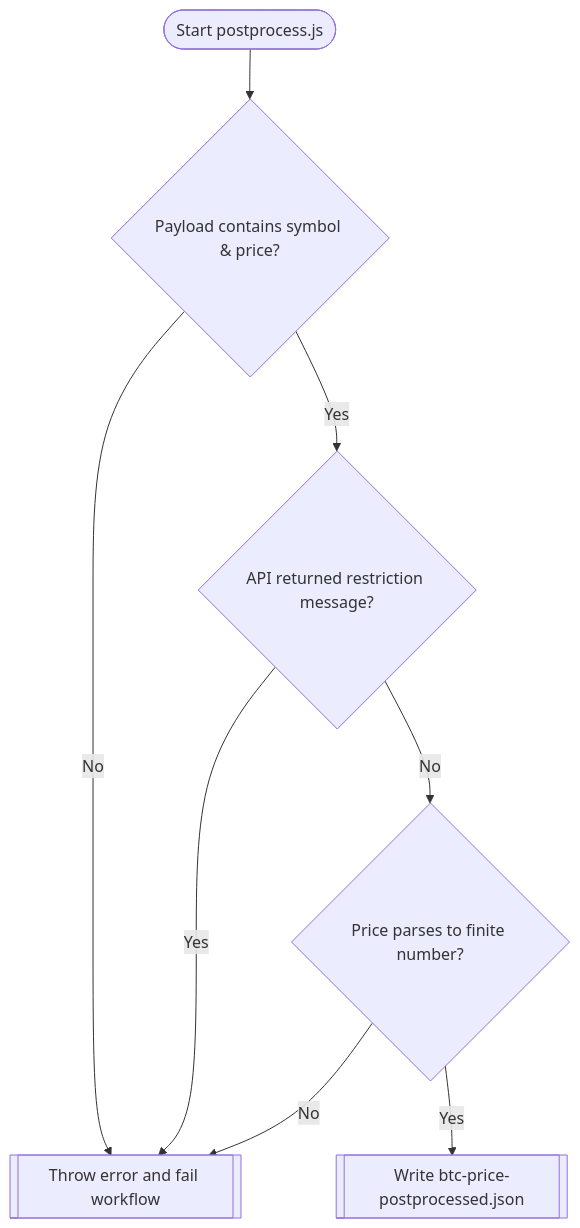
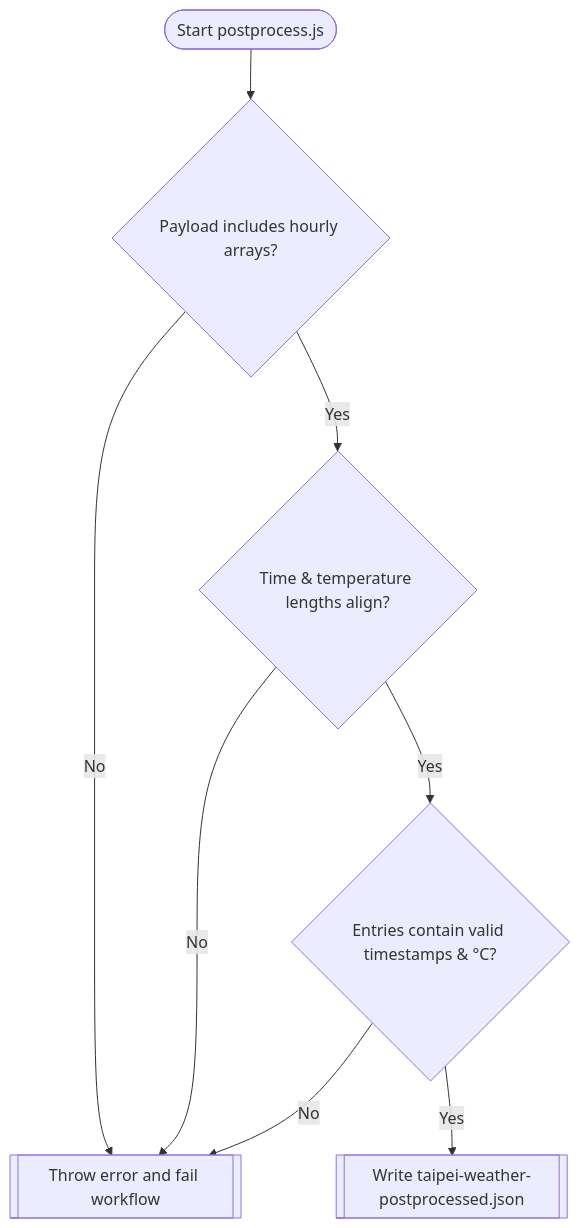
The fifth of 6 diagrams in README.md (muyueh/flat-demo-bitcoin-price), drawn with Mermaid before and after one commit. The commit also changed other lines of this file and 6 other files, not shown here.

Commit message:
Switch workflow to Taipei weather forecast

````diff
--- a/README.md
+++ b/README.md
@@ -73,17 +73,17 @@
 ```mermaid
 flowchart TD
   Start([Start postprocess.js])
-  CheckPayload{Payload contains symbol & price?}
-  CheckRestriction{API returned restriction message?}
-  ParsePrice{Price parses to finite number?}
-  Success[[Write btc-price-postprocessed.json]]
+  CheckPayload{Payload includes hourly arrays?}
+  ValidateCounts{Time & temperature lengths align?}
+  ValidateValues{Entries contain valid timestamps & °C?}
+  Success[[Write taipei-weather-postprocessed.json]]
   Fail[[Throw error and fail workflow]]
 
   Start --> CheckPayload
   CheckPayload -- No --> Fail
-  CheckPayload -- Yes --> CheckRestriction
-  CheckRestriction -- Yes --> Fail
-  CheckRestriction -- No --> ParsePrice
-  ParsePrice -- No --> Fail
-  ParsePrice -- Yes --> Success
+  CheckPayload -- Yes --> ValidateCounts
+  ValidateCounts -- No --> Fail
+  ValidateCounts -- Yes --> ValidateValues
+  ValidateValues -- No --> Fail
+  ValidateValues -- Yes --> Success
 ```
````
